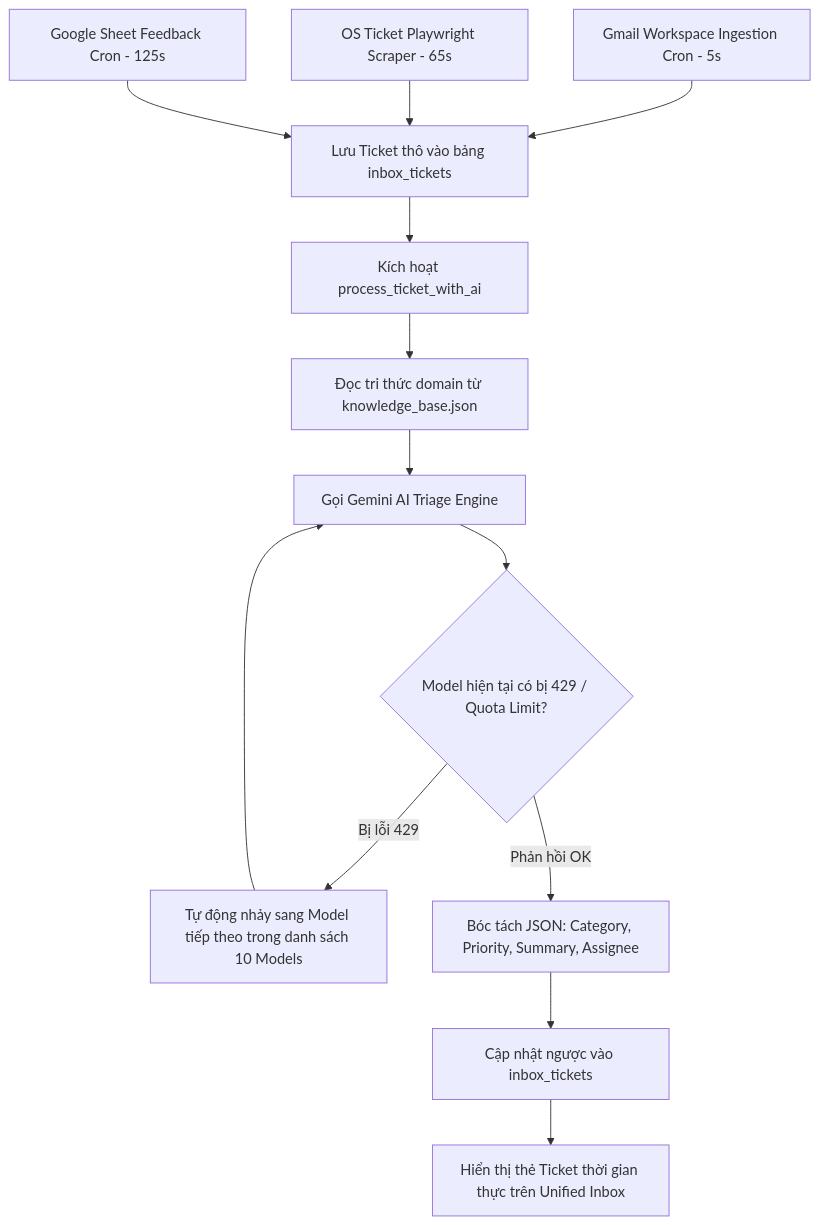
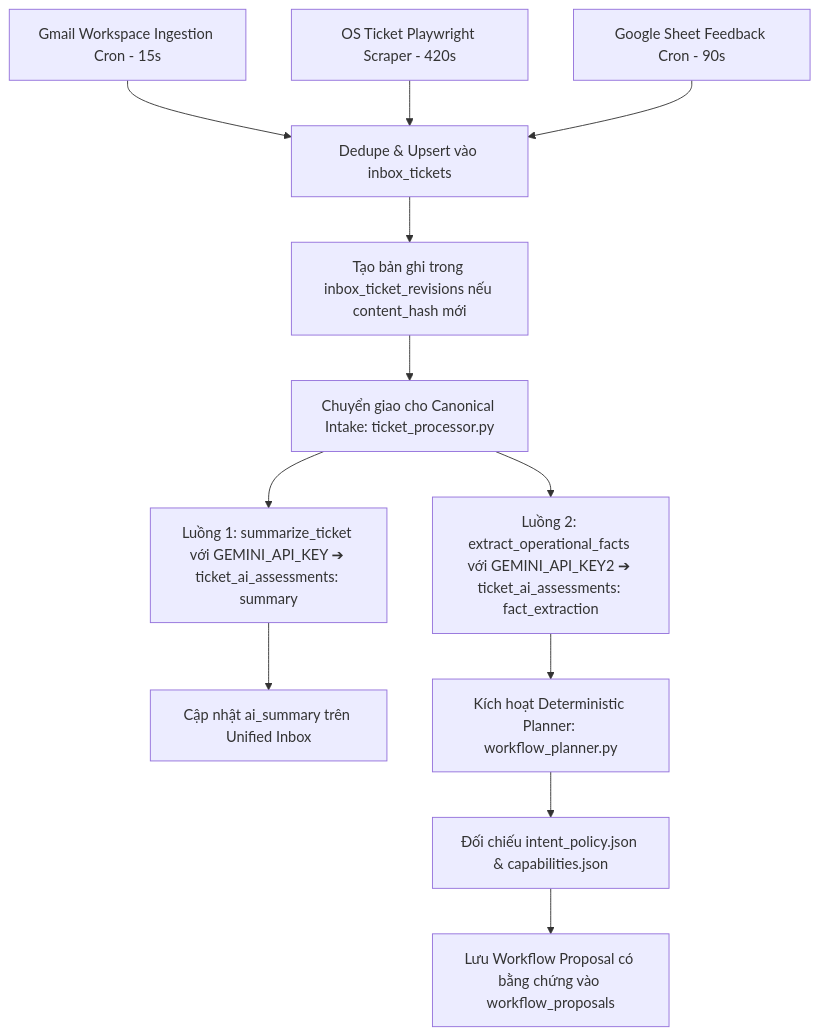
Before and after one commit to hungnm-1225/ptv-tasks-administrator: the first of 2 diagrams in README.md, drawn with Mermaid. The commit also changed other lines of this file and 28 other files, not shown here.

Commit message:
feat: implement multi-key Gemini engine with automatic fallback, workflow orchestration services, and unified inbox infrastructure

````diff
--- a/README.md
+++ b/README.md
@@ -1277,15 +422,14 @@
 ```mermaid
 flowchart TD
-    A1[Gmail Workspace Ingestion Cron - 5s] --> B[Lưu Ticket thô vào bảng inbox_tickets]
-    A2[OS Ticket Playwright Scraper - 65s] --> B
-    A3[Google Sheet Feedback Cron - 125s] --> B
-    B --> C[Kích hoạt process_ticket_with_ai]
-    C --> D[Đọc tri thức domain từ knowledge_base.json]
-    D --> E[Gọi Gemini AI Triage Engine]
-    E --> F{Model hiện tại có bị 429 / Quota Limit?}
-    F -- Bị lỗi 429 --> G[Tự động nhảy sang Model tiếp theo trong danh sách 10 Models]
-    G --> E
-    F -- Phản hồi OK --> H[Bóc tách JSON: Category, Priority, Summary, Assignee]
-    H --> I[Cập nhật ngược vào inbox_tickets]
-    I --> J[Hiển thị thẻ Ticket thời gian thực trên Unified Inbox]
+    A1[Gmail Workspace Ingestion Cron - 15s] --> B[Dedupe & Upsert vào inbox_tickets]
+    A2[OS Ticket Playwright Scraper - 420s] --> B
+    A3[Google Sheet Feedback Cron - 90s] --> B
+    B --> C[Tạo bản ghi trong inbox_ticket_revisions nếu content_hash mới]
+    C --> D[Chuyển giao cho Canonical Intake: ticket_processor.py]
+    D --> E1[Luồng 1: summarize_ticket với GEMINI_API_KEY ➔ ticket_ai_assessments: summary]
+    D --> E2[Luồng 2: extract_operational_facts với GEMINI_API_KEY2 ➔ ticket_ai_assessments: fact_extraction]
+    E1 --> F[Cập nhật ai_summary trên Unified Inbox]
+    E2 --> G[Kích hoạt Deterministic Planner: workflow_planner.py]
+    G --> H[Đối chiếu intent_policy.json & capabilities.json]
+    H --> I[Lưu Workflow Proposal có bằng chứng vào workflow_proposals]
 ```
````
